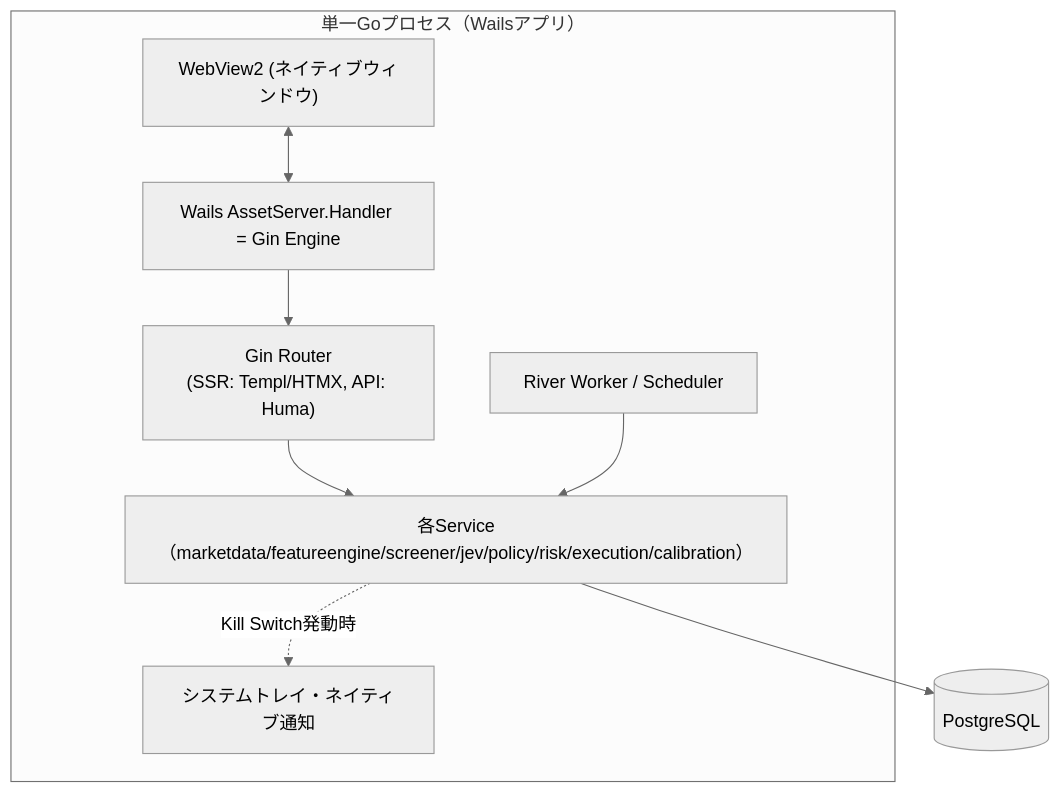
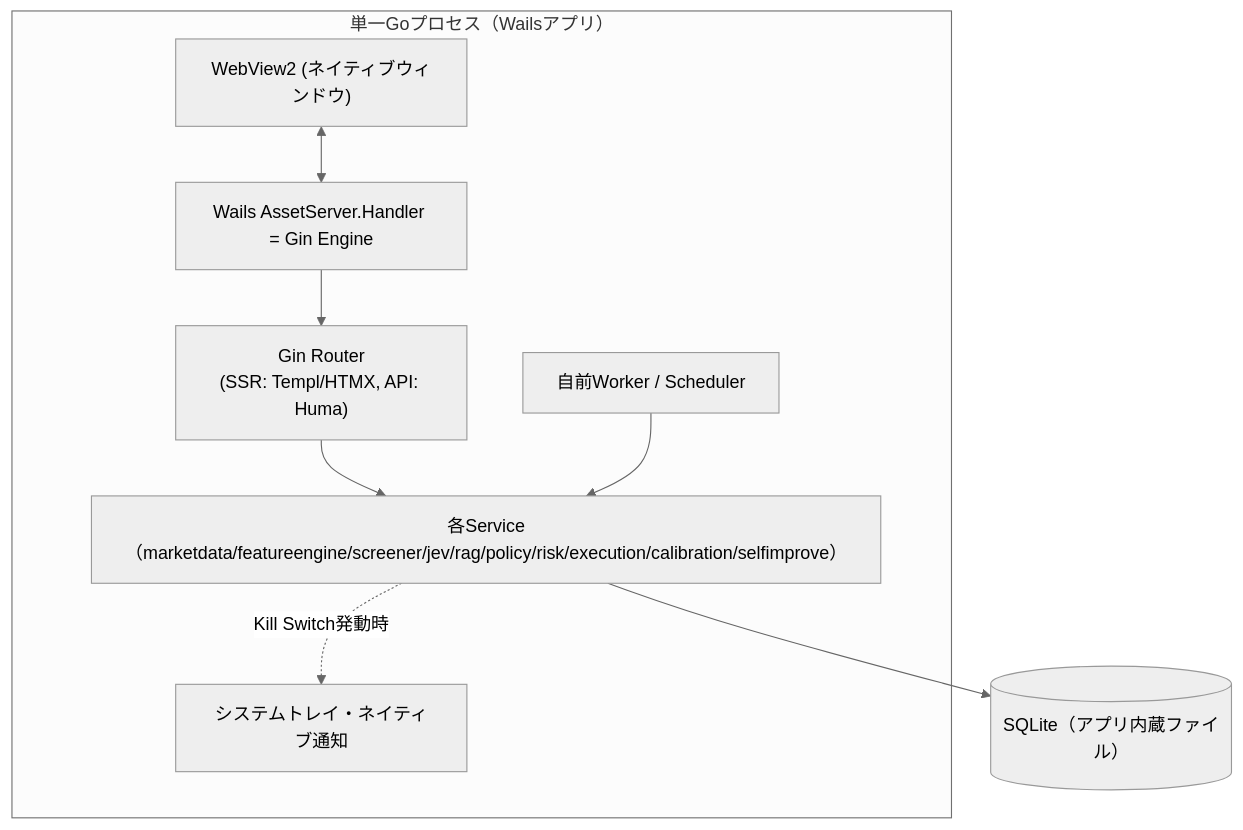
The third of 6 diagrams in docs/architecture/overview.md (ousiassllc/pitha-trador), drawn with Mermaid (neutral theme) before and after one commit. The commit also changed other lines of this file and 5 other files, not shown here.

Commit message:
docs: Jev RAG・Sol/Opus自己改善ループを追加し、DBをPostgreSQLからSQLite(アプリ内蔵)へ全面移行

````diff
--- a/docs/architecture/overview.md
+++ b/docs/architecture/overview.md
@@ -141,17 +216,17 @@
 ```mermaid
 graph TD
     subgraph Process["単一Goプロセス（Wailsアプリ）"]
         WV["WebView2 (ネイティブウィンドウ)"]
         AS["Wails AssetServer.Handler = Gin Engine"]
         GIN["Gin Router\n(SSR: Templ/HTMX, API: Huma)"]
-        SCHED["River Worker / Scheduler"]
-        SVC["各Service（marketdata/featureengine/screener/jev/policy/risk/execution/calibration）"]
+        SCHED["自前Worker / Scheduler"]
+        SVC["各Service（marketdata/featureengine/screener/jev/rag/policy/risk/execution/calibration/selfimprove）"]
         TRAY["システムトレイ・ネイティブ通知"]
     end
     WV <--> AS
     AS --> GIN
     GIN --> SVC
     SCHED --> SVC
     SVC -.Kill Switch発動時.-> TRAY
-    SVC --> PG[("PostgreSQL")]
+    SVC --> SQLITE[("SQLite（アプリ内蔵ファイル）")]
 ```
````
